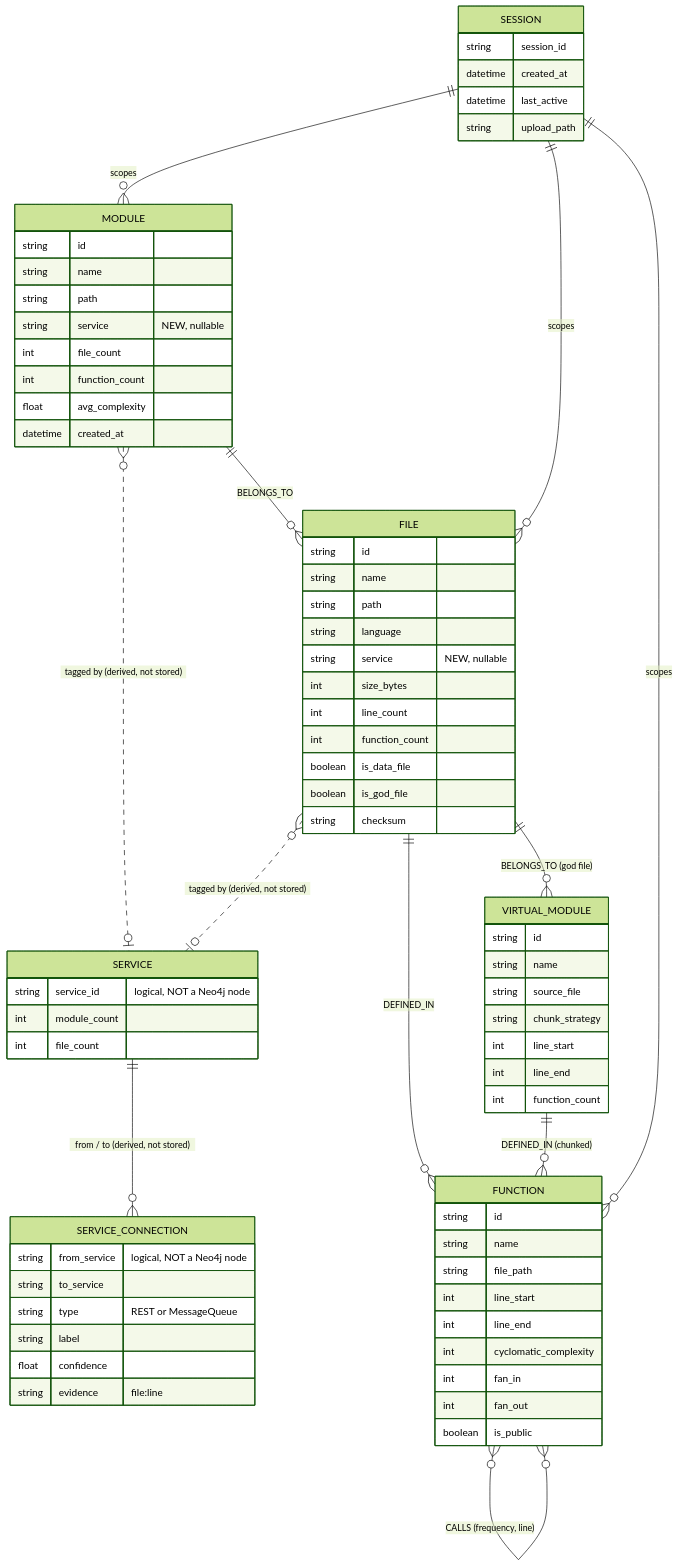
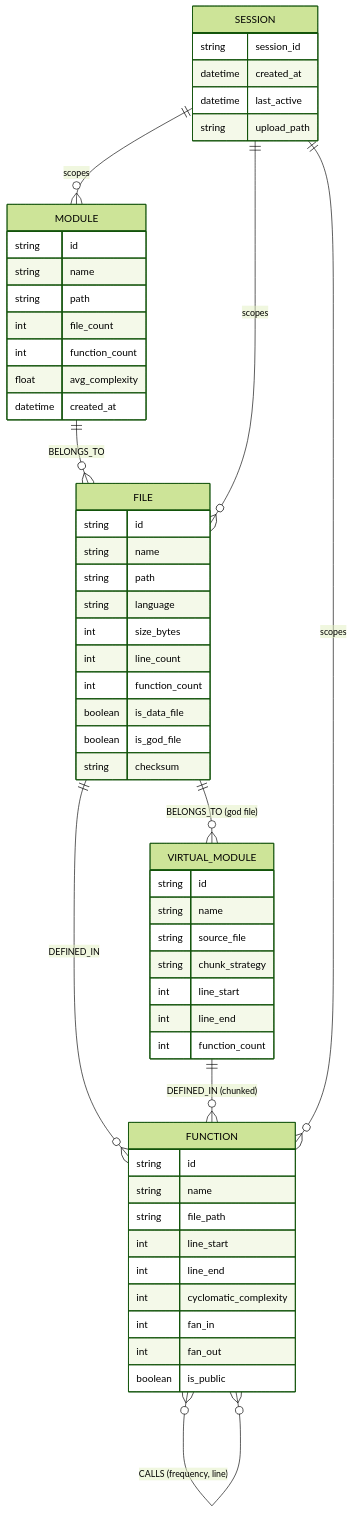
One commit to farjanasarker/Code_Base_Visualisation changed the sixth of 12 diagrams in SRS.md. Above: the diagram before and after it, drawn with Mermaid (forest theme). The commit also changed other lines of this file and 27 other files, not shown here.

````diff
--- a/SRS.md
+++ b/SRS.md
@@ -492,77 +552,59 @@
 ```mermaid
 erDiagram
     MODULE {
         string id
         string name
         string path
-        string service "NEW, nullable"
         int file_count
         int function_count
         float avg_complexity
         datetime created_at
     }
     FILE {
         string id
         string name
         string path
         string language
-        string service "NEW, nullable"
         int size_bytes
         int line_count
         int function_count
         boolean is_data_file
         boolean is_god_file
         string checksum
-    }
-    SERVICE {
-        string service_id "logical, NOT a Neo4j node"
-        int module_count
-        int file_count
-    }
-    SERVICE_CONNECTION {
-        string from_service "logical, NOT a Neo4j node"
-        string to_service
-        string type "REST or MessageQueue"
-        string label
-        float confidence
-        string evidence "file:line"
     }
     FUNCTION {
         string id
         string name
         string file_path
         int line_start
         int line_end
         int cyclomatic_complexity
         int fan_in
         int fan_out
         boolean is_public
     }
     VIRTUAL_MODULE {
         string id
         string name
         string source_file
         string chunk_strategy
         int line_start
         int line_end
         int function_count
     }
     SESSION {
         string session_id
         datetime created_at
         datetime last_active
         string upload_path
     }
 
     MODULE ||--o{ FILE : "BELONGS_TO"
     FILE ||--o{ FUNCTION : "DEFINED_IN"
     FILE ||--o{ VIRTUAL_MODULE : "BELONGS_TO (god file)"
     VIRTUAL_MODULE ||--o{ FUNCTION : "DEFINED_IN (chunked)"
     FUNCTION }o--o{ FUNCTION : "CALLS (frequency, line)"
     SESSION ||--o{ MODULE : "scopes"
     SESSION ||--o{ FILE : "scopes"
     SESSION ||--o{ FUNCTION : "scopes"
-    MODULE }o..o| SERVICE : "tagged by (derived, not stored)"
-    FILE }o..o| SERVICE : "tagged by (derived, not stored)"
-    SERVICE ||--o{ SERVICE_CONNECTION : "from / to (derived, not stored)"
 ```
````
